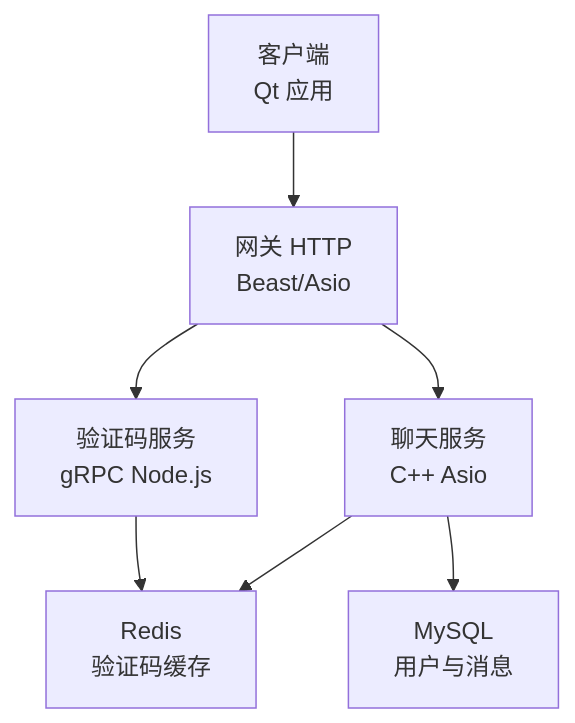
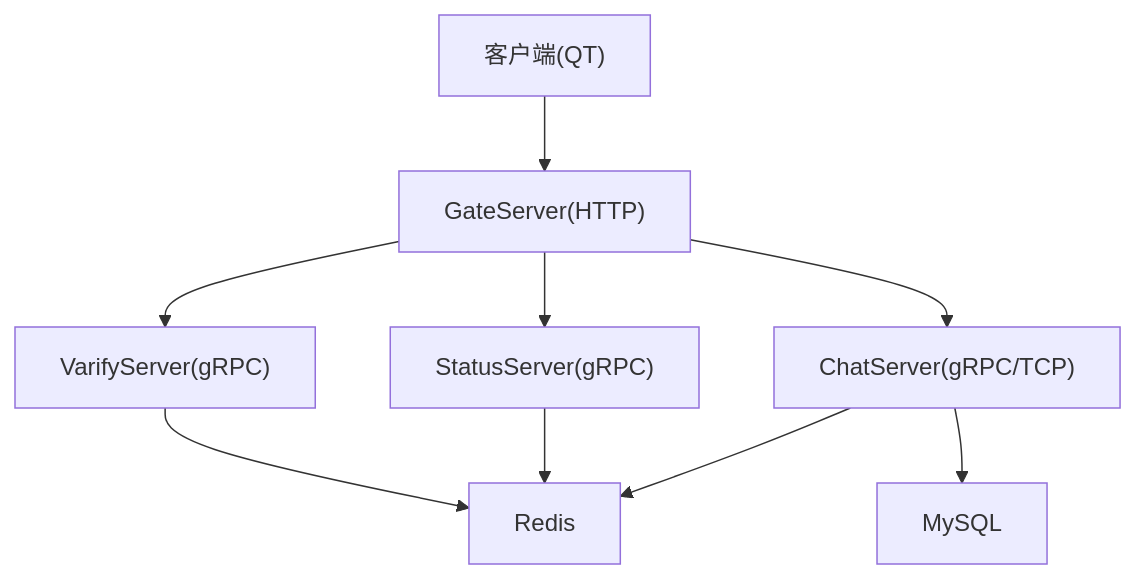
The first of 5 diagrams in .qoder/repowiki/zh/content/安全设计/安全设计.md (echo9923/mychatter), drawn with Mermaid before and after one commit. The commit also changed other lines of this file and 526 other files, not shown here.

````diff
--- a/.qoder/repowiki/zh/content/安全设计/安全设计.md
+++ b/.qoder/repowiki/zh/content/安全设计/安全设计.md
@@ -43,9 +52,11 @@
 ```mermaid
 graph TB
-Client["客户端<br/>Qt 应用"] --> Gate["网关 HTTP<br/>Beast/Asio"]
-Gate --> Verify["验证码服务<br/>gRPC Node.js"]
-Gate --> Chat["聊天服务<br/>C++ Asio"]
-Verify --> Redis["Redis<br/>验证码缓存"]
-Chat --> Redis
-Chat --> DB["MySQL<br/>用户与消息"]
+Client["客户端(QT)"] --> Gate["GateServer(HTTP)"]
+Gate --> Verify["VarifyServer(gRPC)"]
+Gate --> Status["StatusServer(gRPC)"]
+Gate --> Chat["ChatServer(gRPC/TCP)"]
+Chat --> DB["MySQL"]
+Chat --> Cache["Redis"]
+Status --> Cache
+Verify --> Cache
 ```
````
